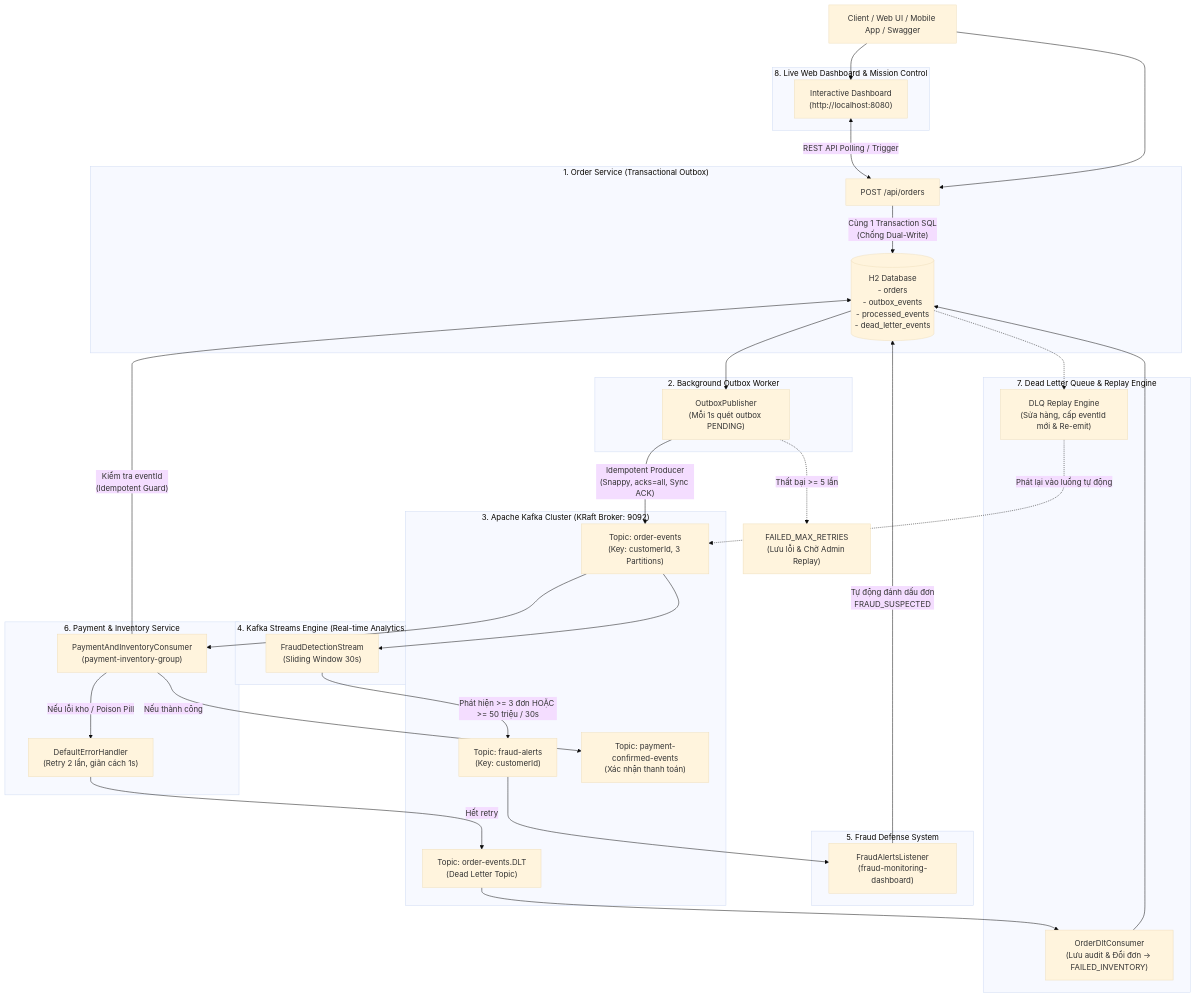
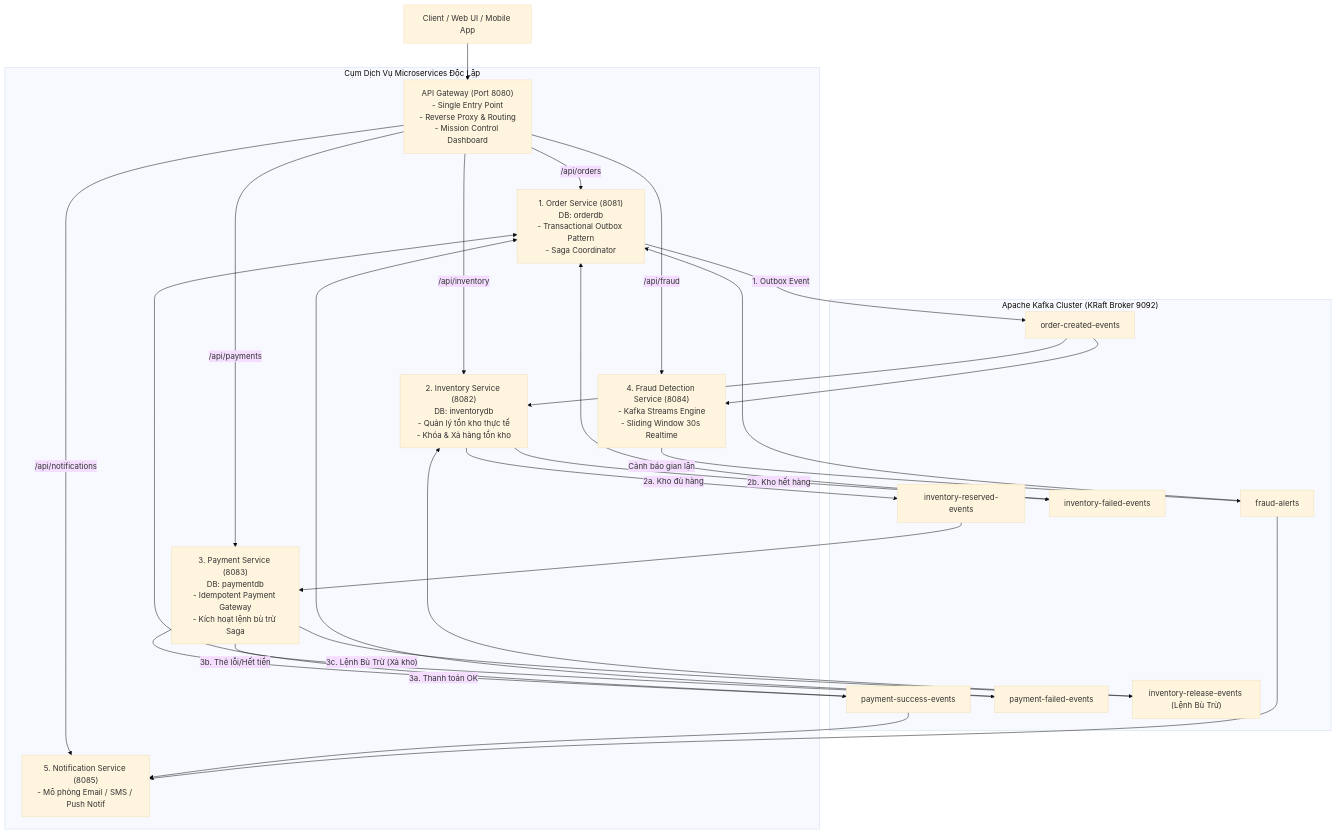
One commit to huy008/kafka-ecommerce changed the diagram in README.md. Above: the diagram before and after it, drawn with Mermaid (base theme). The commit also changed other lines of this file and 102 other files, not shown here.

Commit message:
feat: add initial microservices architecture with kafka event-driven components

````diff
--- a/README.md
+++ b/README.md
@@ -9,63 +9,44 @@
 ```mermaid
 flowchart TD
-    Client["Client / Web UI / Mobile App / Swagger"]
-    
-    subgraph OrderService ["1. Order Service (Transactional Outbox)"]
-        API["POST /api/orders"]
-        DB[("H2 Database\n- orders\n- outbox_events\n- processed_events\n- dead_letter_events")]
-        API -->|"Cùng 1 Transaction SQL\n(Chống Dual-Write)"| DB
-    end
-    
-    subgraph OutboxWorker ["2. Background Outbox Worker"]
-        Poller["OutboxPublisher\n(Mỗi 1s quét outbox PENDING)"]
-        DB --> Poller
-    end
-    
-    subgraph KafkaBroker ["3. Apache Kafka Cluster (KRaft Broker: 9092)"]
-        TopicOrders["Topic: order-events\n(Key: customerId, 3 Partitions)"]
-        TopicFraud["Topic: fraud-alerts\n(Key: customerId)"]
-        TopicDLT["Topic: order-events.DLT\n(Dead Letter Topic)"]
-        TopicPaid["Topic: payment-confirmed-events\n(Xác nhận thanh toán)"]
-    end
-    
-    Poller -->|"Idempotent Producer\n(Snappy, acks=all, Sync ACK)"| TopicOrders
-    Poller -.->|"Thất bại >= 5 lần"| OutboxFailed["FAILED_MAX_RETRIES\n(Lưu lỗi & Chờ Admin Replay)"]
-    
-    subgraph StreamEngine ["4. Kafka Streams Engine (Real-time Analytics)"]
-        Stream["FraudDetectionStream\n(Sliding Window 30s)"]
-        TopicOrders --> Stream
-        Stream -->|"Phát hiện >= 3 đơn HOẶC >= 50 triệu / 30s"| TopicFraud
+    Client["Client / Web UI / Mobile App"] --> Gateway["API Gateway (Port 8080)\n- Single Entry Point\n- Reverse Proxy & Routing\n- Mission Control Dashboard"]
+
+    subgraph ServiceMesh ["Cụm Dịch Vụ Microservices Độc Lập"]
+        Gateway -->|/api/orders| OrderSvc["1. Order Service (8081)\nDB: orderdb\n- Transactional Outbox Pattern\n- Saga Coordinator"]
+        Gateway -->|/api/inventory| InvSvc["2. Inventory Service (8082)\nDB: inventorydb\n- Quản lý tồn kho thực tế\n- Khóa & Xả hàng tồn kho"]
+        Gateway -->|/api/payments| PaySvc["3. Payment Service (8083)\nDB: paymentdb\n- Idempotent Payment Gateway\n- Kích hoạt lệnh bù trừ Saga"]
+        Gateway -->|/api/fraud| FraudSvc["4. Fraud Detection Service (8084)\n- Kafka Streams Engine\n- Sliding Window 30s Realtime"]
+        Gateway -->|/api/notifications| NotifSvc["5. Notification Service (8085)\n- Mô phỏng Email / SMS / Push Notif"]
     end
 
-    subgraph FraudGuard ["5. Fraud Defense System"]
-        FraudListener["FraudAlertsListener\n(fraud-monitoring-dashboard)"]
-        TopicFraud --> FraudListener
-        FraudListener -->|"Tự động đánh dấu đơn\nFRAUD_SUSPECTED"| DB
-    end
-    
-    subgraph PaymentService ["6. Payment & Inventory Service"]
-        Consumer["PaymentAndInventoryConsumer\n(payment-inventory-group)"]
-        TopicOrders --> Consumer
-        Consumer -->|"Kiểm tra eventId\n(Idempotent Guard)"| DB
-        Consumer -->|"Nếu thành công"| TopicPaid
-        Consumer -->|"Nếu lỗi kho / Poison Pill"| RetryHandler["DefaultErrorHandler\n(Retry 2 lần, giãn cách 1s)"]
-        RetryHandler -->|"Hết retry"| TopicDLT
+    subgraph KafkaCluster ["Apache Kafka Cluster (KRaft Broker 9092)"]
+        TopicOrderCreated["order-created-events"]
+        TopicInvReserved["inventory-reserved-events"]
+        TopicInvFailed["inventory-failed-events"]
+        TopicPaySuccess["payment-success-events"]
+        TopicPayFailed["payment-failed-events"]
+        TopicCompensate["inventory-release-events (Lệnh Bù Trừ)"]
+        TopicFraudAlert["fraud-alerts"]
     end
 
-    subgraph DltEngine ["7. Dead Letter Queue & Replay Engine"]
-        DltConsumer["OrderDltConsumer\n(Lưu audit & Đổi đơn -> FAILED_INVENTORY)"]
-        TopicDLT --> DltConsumer
-        DltConsumer --> DB
-        ReplayEngine["DLQ Replay Engine\n(Sửa hàng, cấp eventId mới & Re-emit)"]
-        DB -.-> ReplayEngine
-        ReplayEngine -.->|"Phát lại vào luồng tự động"| TopicOrders
-    end
+    OrderSvc -->|"1. Outbox Event"| TopicOrderCreated
+    TopicOrderCreated --> InvSvc
+    TopicOrderCreated --> FraudSvc
 
-    subgraph MissionControlUI ["8. Live Web Dashboard & Mission Control"]
-        WebUI["Interactive Dashboard\n(http://localhost:8080)"]
-        WebUI <-->|"REST API Polling / Trigger"| API
-    end
+    InvSvc -->|"2a. Kho đủ hàng"| TopicInvReserved
+    InvSvc -->|"2b. Kho hết hàng"| TopicInvFailed
 
-    Client --> API
-    Client --> WebUI
+    TopicInvReserved --> PaySvc
+    PaySvc -->|"3a. Thanh toán OK"| TopicPaySuccess
+    PaySvc -->|"3b. Thẻ lỗi/Hết tiền"| TopicPayFailed
+    PaySvc -->|"3c. Lệnh Bù Trừ (Xả kho)"| TopicCompensate
+    TopicCompensate --> InvSvc
+
+    TopicPaySuccess --> OrderSvc
+    TopicPaySuccess --> NotifSvc
+    TopicInvFailed --> OrderSvc
+    TopicPayFailed --> OrderSvc
+
+    FraudSvc -->|"Cảnh báo gian lận"| TopicFraudAlert
+    TopicFraudAlert --> OrderSvc
+    TopicFraudAlert --> NotifSvc
 ```
````
